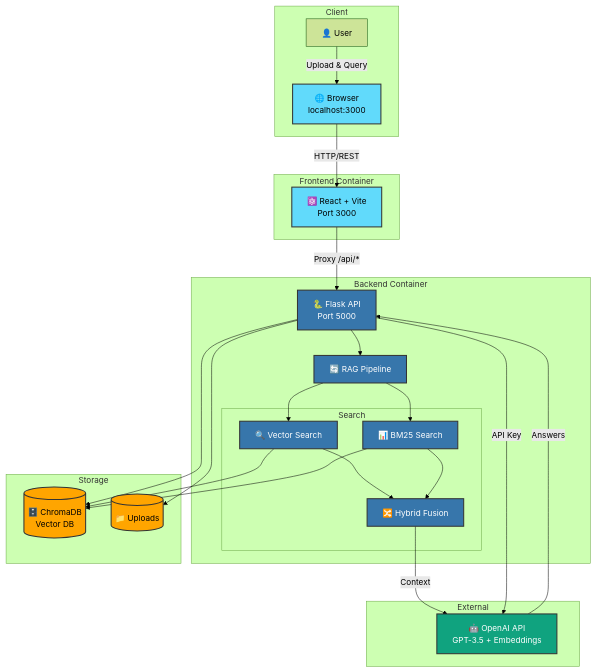
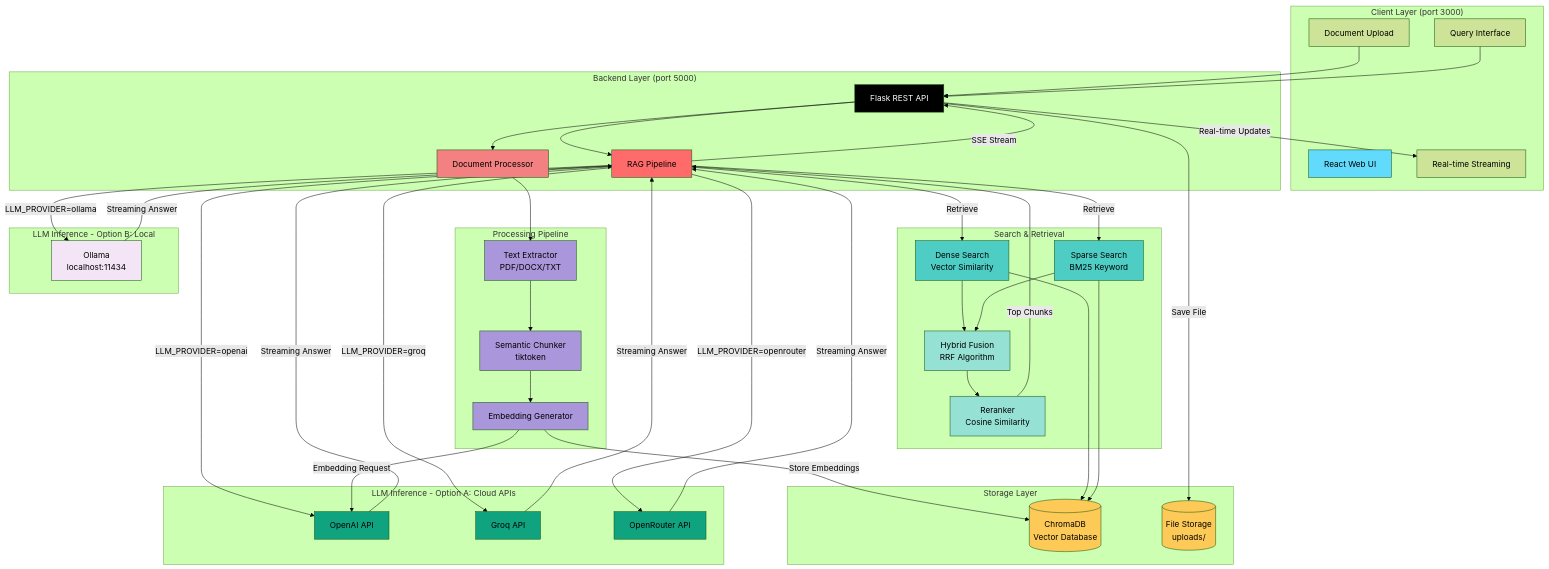
One commit to cld2labs/ClinIQ changed the diagram in README.md. Above: the diagram before and after it, drawn with Mermaid (forest theme). The commit also changed other lines of this file and 35 other files, not shown here.

````diff
--- a/README.md
+++ b/README.md
@@ -39,52 +98,90 @@
 ```mermaid
 graph TB
-    subgraph "Client"
-        User[👤 User]
-        Browser[🌐 Browser<br/>localhost:3000]
+    subgraph "Client Layer (port 3000)"
+        A[React Web UI]
+        A1[Document Upload]
+        A2[Query Interface]
+        A3[Real-time Streaming]
     end
-    subgraph "Frontend Container"
-        React[⚛️ React + Vite<br/>Port 3000]
+
+    subgraph "Backend Layer (port 5000)"
+        B[Flask REST API]
+        C[RAG Pipeline]
+        H[Document Processor]
     end
-    subgraph "Backend Container"
-        Flask[🐍 Flask API<br/>Port 5000]
-        RAG[🔄 RAG Pipeline]
-        
-        subgraph "Search"
-            Vector[🔍 Vector Search]
-            BM25[📊 BM25 Search]
-            Hybrid[🔀 Hybrid Fusion]
-        end
+
+    subgraph "Search & Retrieval"
+        D[Dense Search<br/>Vector Similarity]
+        E[Sparse Search<br/>BM25 Keyword]
+        F[Hybrid Fusion<br/>RRF Algorithm]
+        G[Reranker<br/>Cosine Similarity]
     end
-    subgraph "Storage"
-        ChromaDB[(🗄️ ChromaDB<br/>Vector DB)]
-        Files[(📁 Uploads)]
+
+    subgraph "Processing Pipeline"
+        I[Text Extractor<br/>PDF/DOCX/TXT]
+        J[Semantic Chunker<br/>tiktoken]
+        K[Embedding Generator]
     end
-    subgraph "External"
-        OpenAI[🤖 OpenAI API<br/>GPT-3.5 + Embeddings]
+
+    subgraph "Storage Layer"
+        L[(ChromaDB<br/>Vector Database)]
+        M[(File Storage<br/>uploads/)]
     end
-    User -->|Upload & Query| Browser
-    Browser -->|HTTP/REST| React
-    React -->|Proxy /api/*| Flask
-    Flask --> RAG
-    RAG --> Vector
-    RAG --> BM25
-    Vector --> Hybrid
-    BM25 --> Hybrid
-    Hybrid -->|Context| OpenAI
-    Vector --> ChromaDB
-    BM25 --> ChromaDB
-    Flask --> ChromaDB
-    Flask --> Files
-    Flask -->|API Key| OpenAI
-    OpenAI -->|Answers| Flask
-    
-    classDef frontend fill:#61dafb,stroke:#333,stroke-width:2px,color:#000
-    classDef backend fill:#3776ab,stroke:#333,stroke-width:2px,color:#fff
-    classDef data fill:#ffa500,stroke:#333,stroke-width:2px,color:#000
-    classDef external fill:#10a37f,stroke:#333,stroke-width:2px,color:#fff
-    
-    class Browser,React frontend
-    class Flask,RAG,Vector,BM25,Hybrid backend
-    class ChromaDB,Files data
-    class OpenAI external
+
+    subgraph "LLM Inference - Option A: Cloud APIs"
+        N1[OpenAI API]
+        N2[Groq API]
+        N3[OpenRouter API]
+    end
+
+    subgraph "LLM Inference - Option B: Local"
+        O[Ollama<br/>localhost:11434]
+    end
+
+    A1 --> B
+    A2 --> B
+    B --> C
+    B --> H
+    H --> I
+    I --> J
+    J --> K
+    K -->|Store Embeddings| L
+    B -->|Save File| M
+    C -->|Retrieve| D
+    C -->|Retrieve| E
+    D --> L
+    E --> L
+    D --> F
+    E --> F
+    F --> G
+    G -->|Top Chunks| C
+    C -->|LLM_PROVIDER=openai| N1
+    C -->|LLM_PROVIDER=groq| N2
+    C -->|LLM_PROVIDER=openrouter| N3
+    C -->|LLM_PROVIDER=ollama| O
+    K -->|Embedding Request| N1
+    N1 -->|Streaming Answer| C
+    N2 -->|Streaming Answer| C
+    N3 -->|Streaming Answer| C
+    O -->|Streaming Answer| C
+    C -->|SSE Stream| B
+    B -->|Real-time Updates| A3
+
+    style A fill:#61dafb
+    style B fill:#000000,color:#fff
+    style C fill:#ff6b6b
+    style D fill:#4ecdc4
+    style E fill:#4ecdc4
+    style F fill:#95e1d3
+    style G fill:#95e1d3
+    style H fill:#f38181
+    style I fill:#aa96da
+    style J fill:#aa96da
+    style K fill:#aa96da
+    style L fill:#feca57
+    style M fill:#feca57
+    style N1 fill:#10a37f
+    style N2 fill:#10a37f
+    style N3 fill:#10a37f
+    style O fill:#f3e5f5
 ```
````
